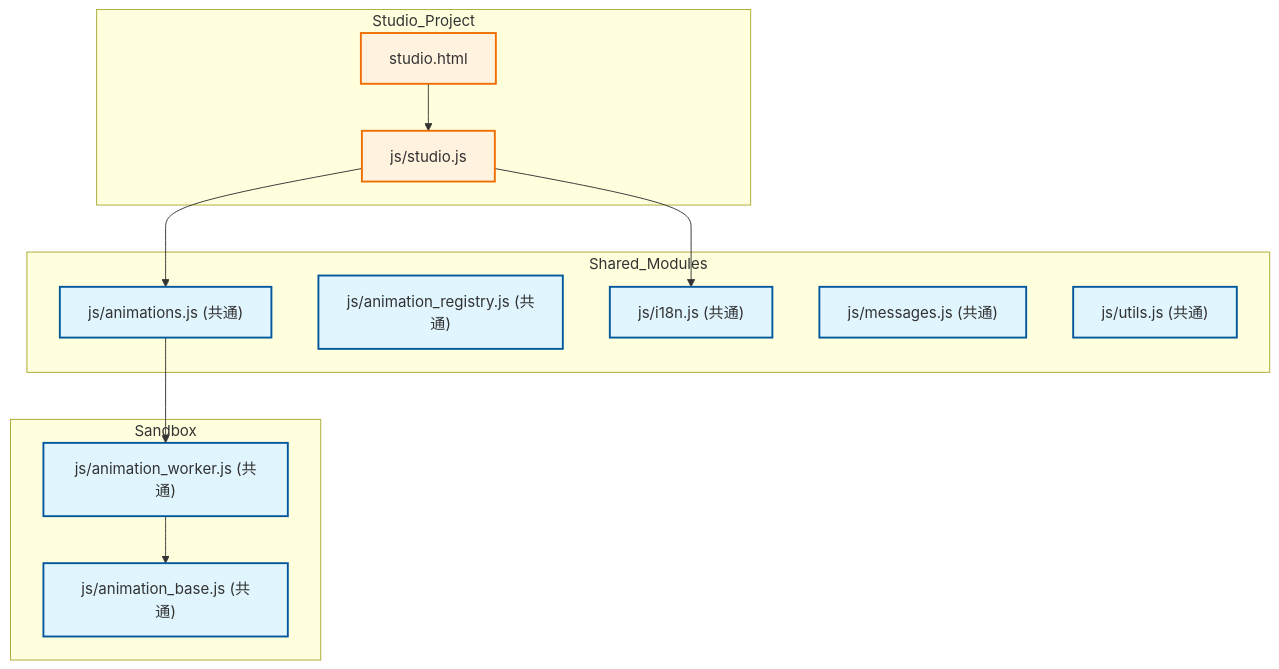
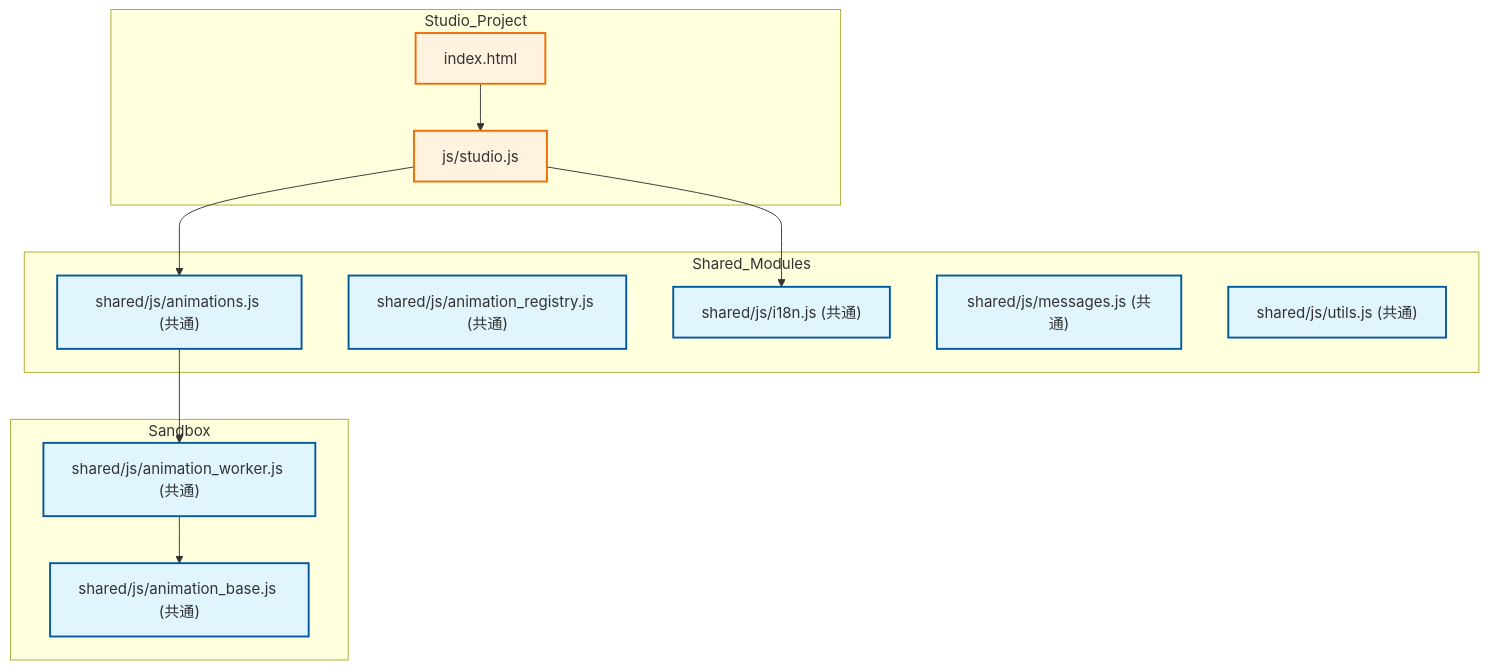
Before and after one commit to masanori-satake/QuickLog-Solo: the sixth of 14 diagrams in docs/README_DEV.md, drawn with Mermaid. The commit also changed other lines of this file and 14 other files, not shown here.

````diff
--- a/docs/README_DEV.md
+++ b/docs/README_DEV.md
@@ -305,29 +305,29 @@
 ```mermaid
 graph TD
     classDef common fill:#e1f5fe,stroke:#01579b,stroke-width:2px;
     classDef unique fill:#fff3e0,stroke:#ef6c00,stroke-width:2px;
 
     subgraph Studio_Project
-        StudioHTML[studio.html]:::unique
+        StudioHTML[index.html]:::unique
         StudioJS[js/studio.js]:::unique
     end
 
     subgraph Shared_Modules
-        Anim["js/animations.js (共通)"]:::common
-        Registry["js/animation_registry.js (共通)"]:::common
-        I18n["js/i18n.js (共通)"]:::common
-        Messages["js/messages.js (共通)"]:::common
-        Utils["js/utils.js (共通)"]:::common
+        Anim["shared/js/animations.js (共通)"]:::common
+        Registry["shared/js/animation_registry.js (共通)"]:::common
+        I18n["shared/js/i18n.js (共通)"]:::common
+        Messages["shared/js/messages.js (共通)"]:::common
+        Utils["shared/js/utils.js (共通)"]:::common
     end
 
     subgraph Sandbox
-        Worker["js/animation_worker.js (共通)"]:::common
-        Base["js/animation_base.js (共通)"]:::common
+        Worker["shared/js/animation_worker.js (共通)"]:::common
+        Base["shared/js/animation_base.js (共通)"]:::common
     end
 
     StudioHTML --> StudioJS
     StudioJS --> Anim
     StudioJS --> I18n
     Anim --> Worker
     Worker --> Base
 ```
````
